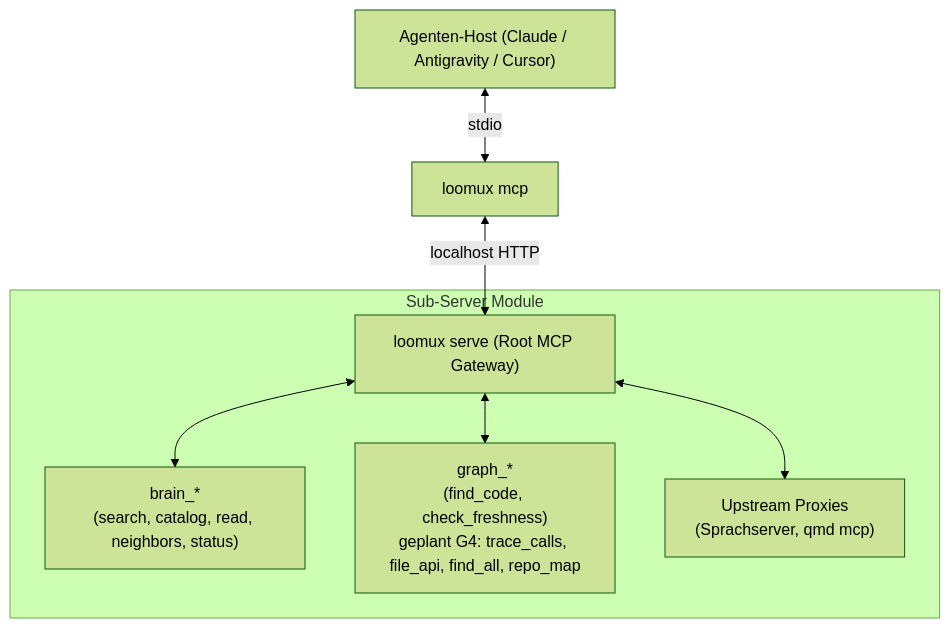
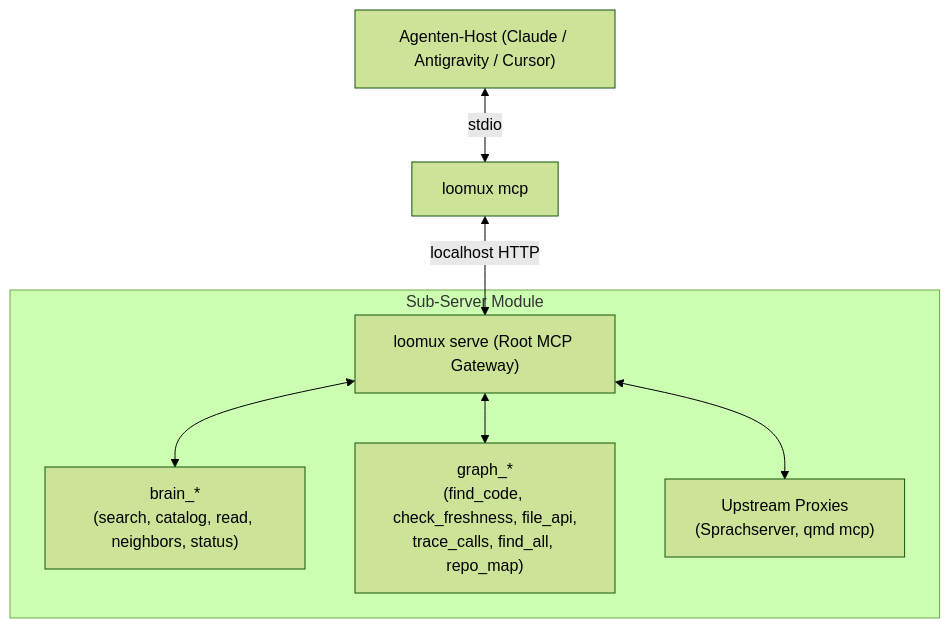
The fourth of 4 diagrams in README.de.md (xidus90/loomux), drawn with Mermaid (forest theme) before and after one commit. The commit also changed other lines of this file and 16 other files, not shown here.

Commit message:
docs(graph): document stage G4a navigation and record parity ledger

````diff
--- a/README.de.md
+++ b/README.de.md
@@ -96,11 +96,11 @@
 ```mermaid
 flowchart TD
     Host["Agenten-Host (Claude / Antigravity / Cursor)"] <--> |stdio| Bridge["loomux mcp"]
     Bridge <--> |localhost HTTP| Root["loomux serve (Root MCP Gateway)"]
     
     subgraph Namespaces["Sub-Server Module"]
         Root <--> Brain["brain_*<br/>(search, catalog, read, neighbors, status)"]
-        Root <--> Graph["graph_*<br/>(find_code, check_freshness)<br/>geplant G4: trace_calls, file_api, find_all, repo_map"]
+        Root <--> Graph["graph_*<br/>(find_code, check_freshness, file_api,<br/>trace_calls, find_all, repo_map)"]
         Root <--> Upstreams["Upstream Proxies<br/>(Sprachserver, qmd mcp)"]
     end
 ```
````
